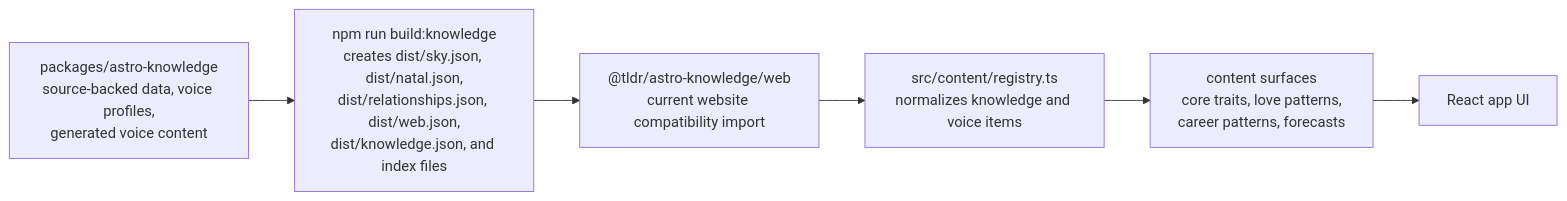
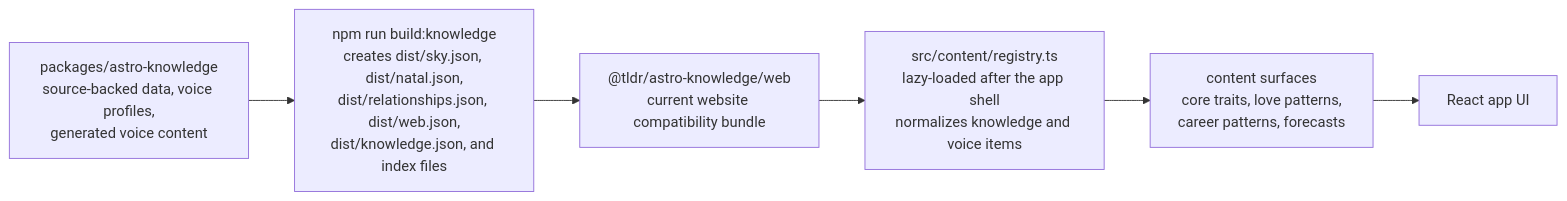
Before and after one commit to usrnmtkn/astrology-portal: the diagram in apps/web/README.md, drawn with Mermaid. The commit also changed other lines of this file and 1 other file, not shown here.

Commit message:
Lazy-load astro knowledge registry

````diff
--- a/apps/web/README.md
+++ b/apps/web/README.md
@@ -47,15 +47,15 @@
 ```mermaid
 flowchart LR
   KB["packages/astro-knowledge\nsource-backed data, voice profiles,\ngenerated voice content"]
   BUILD["npm run build:knowledge\ncreates dist/sky.json, dist/natal.json,\ndist/relationships.json, dist/web.json,\ndist/knowledge.json, and index files"]
-  PACKAGE["@tldr/astro-knowledge/web\ncurrent website compatibility import"]
-  REGISTRY["src/content/registry.ts\nnormalizes knowledge and voice items"]
+  PACKAGE["@tldr/astro-knowledge/web\ncurrent website compatibility bundle"]
+  REGISTRY["src/content/registry.ts\nlazy-loaded after the app shell\nnormalizes knowledge and voice items"]
   SURFACES["content surfaces\ncore traits, love patterns,\ncareer patterns, forecasts"]
   UI["React app UI"]
 
   KB --> BUILD
   BUILD --> PACKAGE
   PACKAGE --> REGISTRY
   REGISTRY --> SURFACES
   SURFACES --> UI
 ```
````
